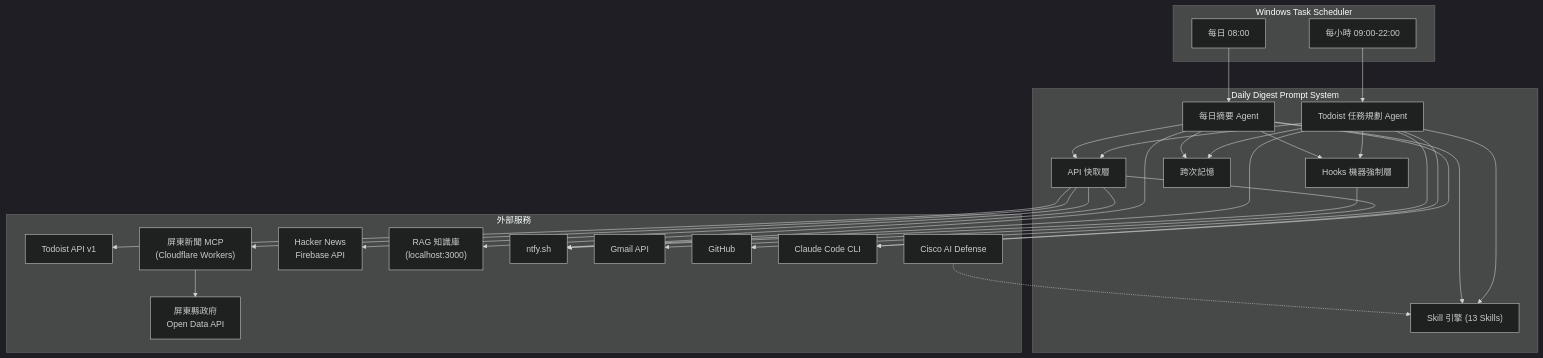
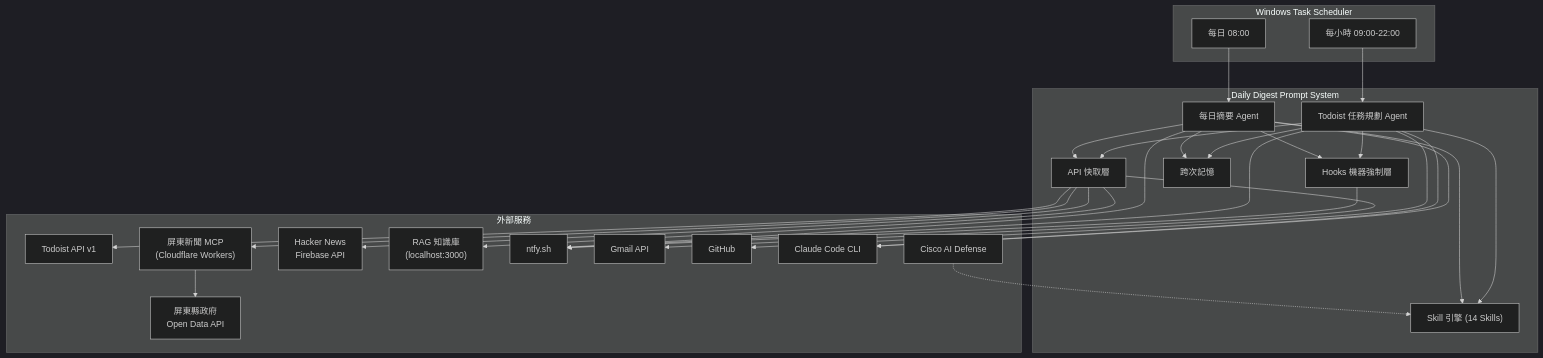
The diagram in specs/system-docs/srd.md (wangsc2024/daily-digest-prompt), drawn with Mermaid (dark theme) before and after one commit. The commit also changed other lines of this file and 51 other files, not shown here.

````diff
--- a/specs/system-docs/srd.md
+++ b/specs/system-docs/srd.md
@@ -111,58 +116,58 @@
 ```mermaid
 flowchart TB
     subgraph Scheduler["Windows Task Scheduler"]
         CRON_DIGEST["每日 08:00"]
         CRON_TODOIST["每小時 09:00-22:00"]
     end
 
     subgraph System["Daily Digest Prompt System"]
         DIGEST["每日摘要 Agent"]
         TODOIST["Todoist 任務規劃 Agent"]
         HOOKS["Hooks 機器強制層"]
         CACHE["API 快取層"]
         MEMORY["跨次記憶"]
-        SKILLS["Skill 引擎 (13 Skills)"]
+        SKILLS["Skill 引擎 (14 Skills)"]
     end
 
     subgraph External["外部服務"]
         TODOIST_API["Todoist API v1"]
         PTNEWS["屏東新聞 MCP<br/>(Cloudflare Workers)"]
         HN["Hacker News<br/>Firebase API"]
         KB["RAG 知識庫<br/>(localhost:3000)"]
         NTFY["ntfy.sh"]
         GMAIL["Gmail API"]
         GITHUB["GitHub"]
         CLAUDE_CLI["Claude Code CLI"]
         CISCO["Cisco AI Defense"]
         PTHG["屏東縣政府<br/>Open Data API"]
     end
 
     CRON_DIGEST --> DIGEST
     CRON_TODOIST --> TODOIST
 
     DIGEST --> SKILLS
     TODOIST --> SKILLS
     DIGEST --> CACHE
     TODOIST --> CACHE
     DIGEST --> MEMORY
     TODOIST --> MEMORY
     DIGEST --> HOOKS
     TODOIST --> HOOKS
 
     CACHE --> TODOIST_API
     CACHE --> PTNEWS
     CACHE --> HN
     CACHE --> KB
     CACHE --> GMAIL
     PTNEWS --> PTHG
 
     DIGEST --> NTFY
     TODOIST --> NTFY
     HOOKS --> NTFY
 
     TODOIST --> CLAUDE_CLI
     DIGEST --> CLAUDE_CLI
 
     TODOIST --> GITHUB
     CISCO -.-> SKILLS
 ```
````
